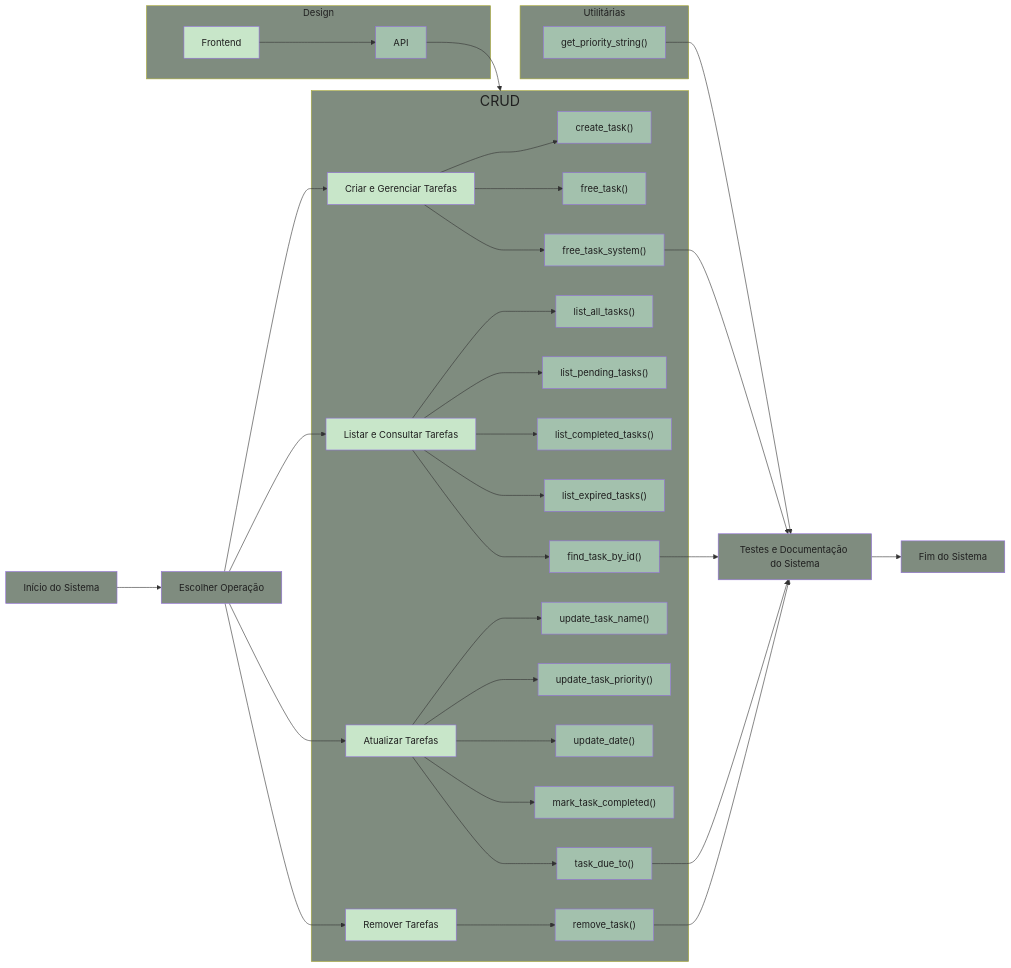
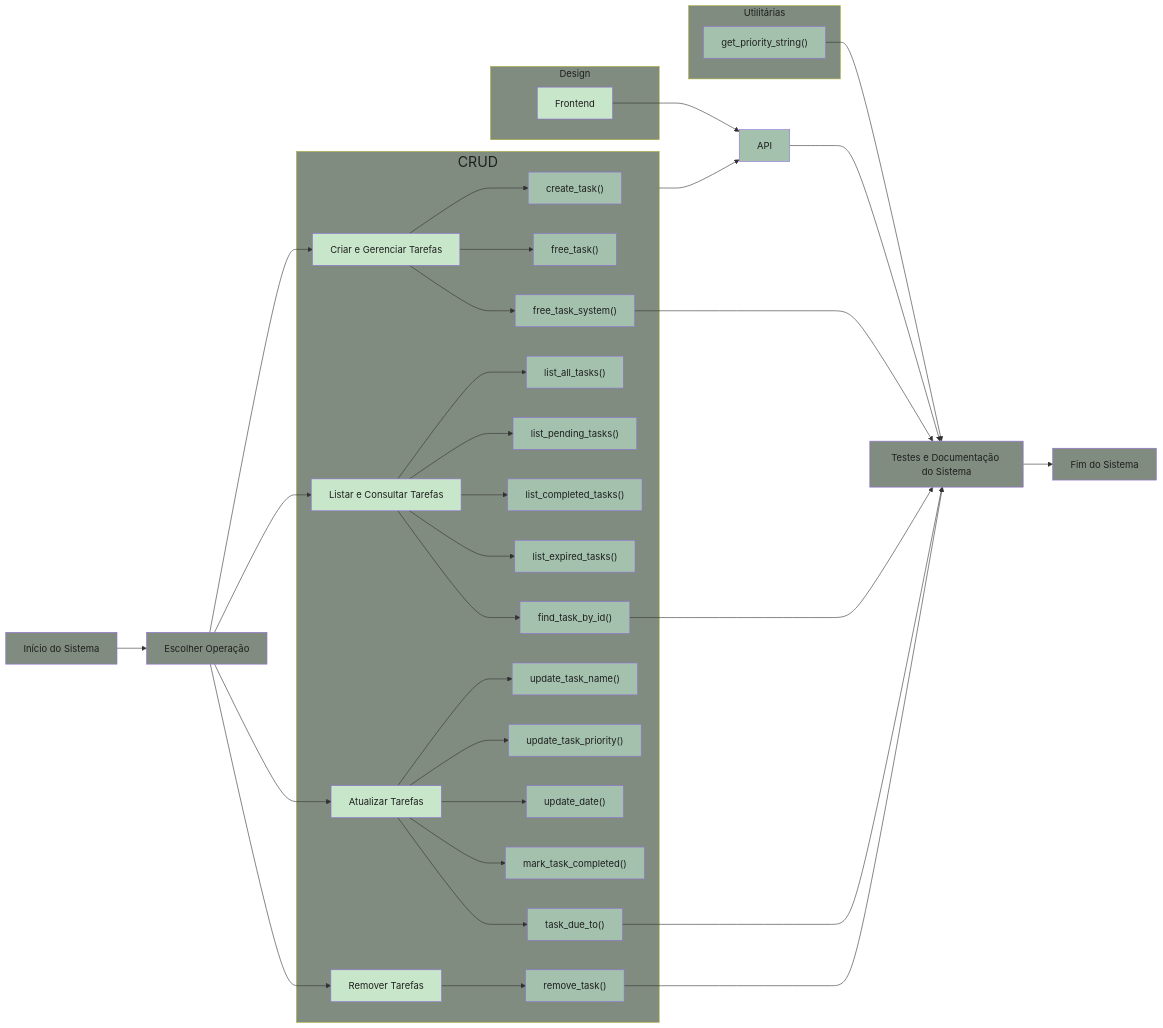
The diagram in flowchart.md (nova-account/sistema-gerenciamento-tarefas), drawn with Mermaid before and after one commit.

````diff
--- a/flowchart.md
+++ b/flowchart.md
@@ -2,73 +2,73 @@
 ```mermaid
 flowchart LR
  subgraph CRUD["<font size=5.5>CRUD</font>"]
         C1["create_task()"]
         C["Criar e Gerenciar Tarefas"]
         C2["free_task()"]
         C3["free_task_system()"]
         D1["list_all_tasks()"]
         D["Listar e Consultar Tarefas"]
         D2["list_pending_tasks()"]
         D3["list_completed_tasks()"]
         D4["list_expired_tasks()"]
         D5["find_task_by_id()"]
         E1["update_task_name()"]
         E["Atualizar Tarefas"]
         E2["update_task_priority()"]
         E3["update_date()"]
         E4["mark_task_completed()"]
         E5["task_due_to()"]
         F1["remove_task()"]
         F["Remover Tarefas"]
   end
  subgraph s1["Utilitárias"]
         U1["get_priority_string()"]
   end
  subgraph s2["Design"]
         G["Frontend"]
-        H["API"]
   end
     A["Início do Sistema"] --> B["Escolher Operação"]
     B --> C & D & E & F
     C --> C1 & C2 & C3
     D --> D1 & D2 & D3 & D4 & D5
     E --> E1 & E2 & E3 & E4 & E5
     F --> F1
-    G --> H
-    H --> CRUD
+    G --> H["API"]
+    CRUD --> H
+    H --> T1
     C3 --> T1["Testes e Documentação do Sistema"]
     F1 --> T1
     D5 --> T1
     E5 --> T1
     U1 --> T1
     T1 --> Z["Fim do Sistema"]
 
     style C1 fill:#a3c1ad,color:#1f1f1f
     style C fill:#C8E6C9,color:#1f1f1f
     style C2 fill:#a3c1ad,color:#1f1f1f
     style C3 fill:#a3c1ad,color:#1f1f1f
     style D1 fill:#a3c1ad,color:#1f1f1f
     style D fill:#C8E6C9,color:#1f1f1f
     style D2 fill:#a3c1ad,color:#1f1f1f
     style D3 fill:#a3c1ad,color:#1f1f1f
     style D4 fill:#a3c1ad,color:#1f1f1f
     style D5 fill:#a3c1ad,color:#1f1f1f
     style E1 fill:#a3c1ad,color:#1f1f1f
     style E fill:#C8E6C9,color:#1f1f1f
     style E2 fill:#a3c1ad,color:#1f1f1f
     style E3 fill:#a3c1ad,color:#1f1f1f
     style E4 fill:#a3c1ad,color:#1f1f1f
     style E5 fill:#a3c1ad,color:#1f1f1f
     style F1 fill:#a3c1ad,color:#1f1f1f
     style F fill:#C8E6C9,color:#1f1f1f
     style U1 fill:#a3c1ad,color:#1f1f1f
     style G fill:#C8E6C9,color:#1f1f1f
     style H fill:#a3c1ad,color:#1f1f1f
     style A fill:#7f8c7f,color:#1f1f1f
     style B fill:#7f8c7f,color:#1f1f1f
     style CRUD fill:#7f8c7f,color:#1f1f1f
     style T1 fill:#7f8c7f,color:#1f1f1f
     style Z fill:#7f8c7f,color:#1f1f1f
     style s2 fill:#7f8c7f,color:#1f1f1f
     style s1 fill:#7f8c7f,color:#1f1f1f
 ```
````
